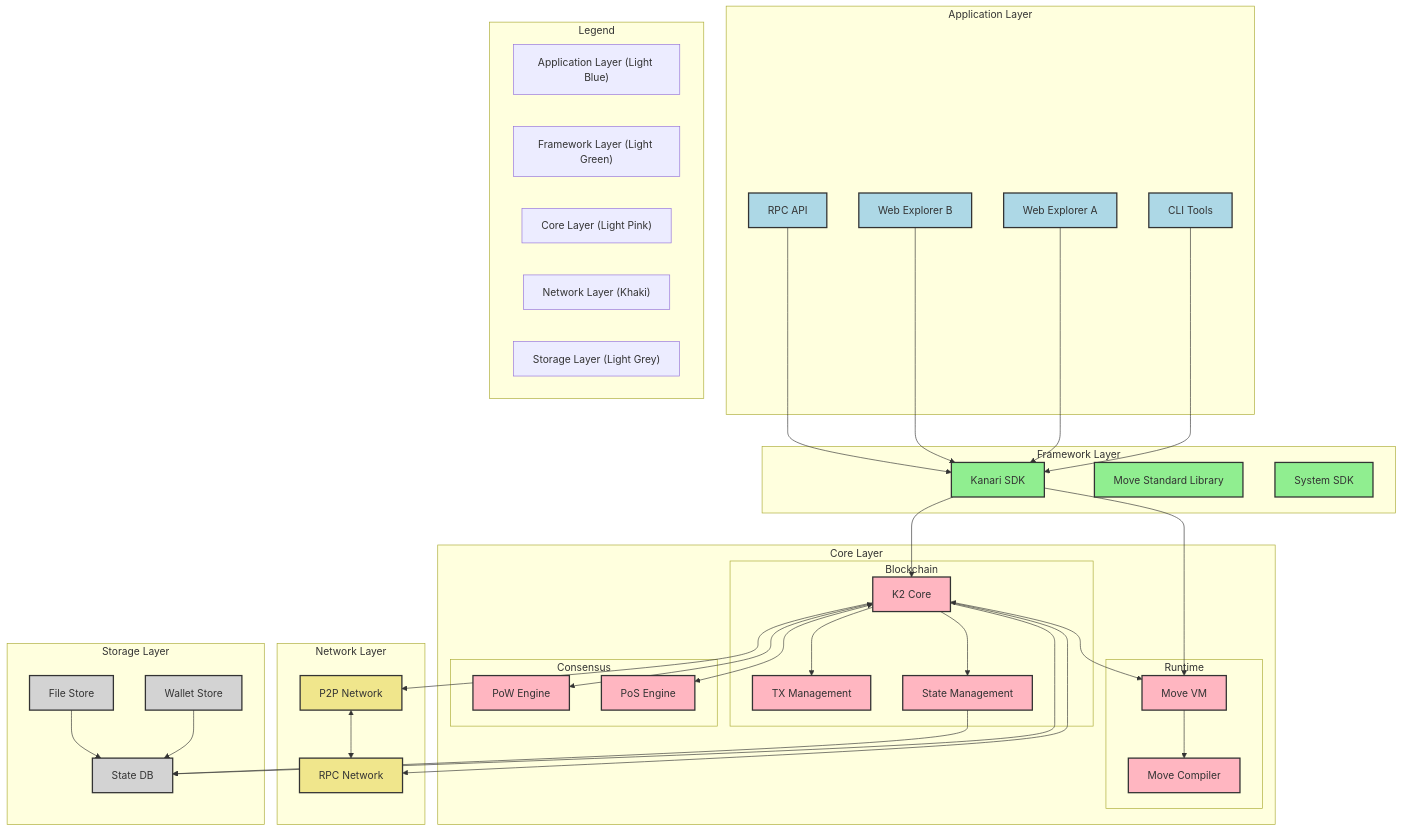
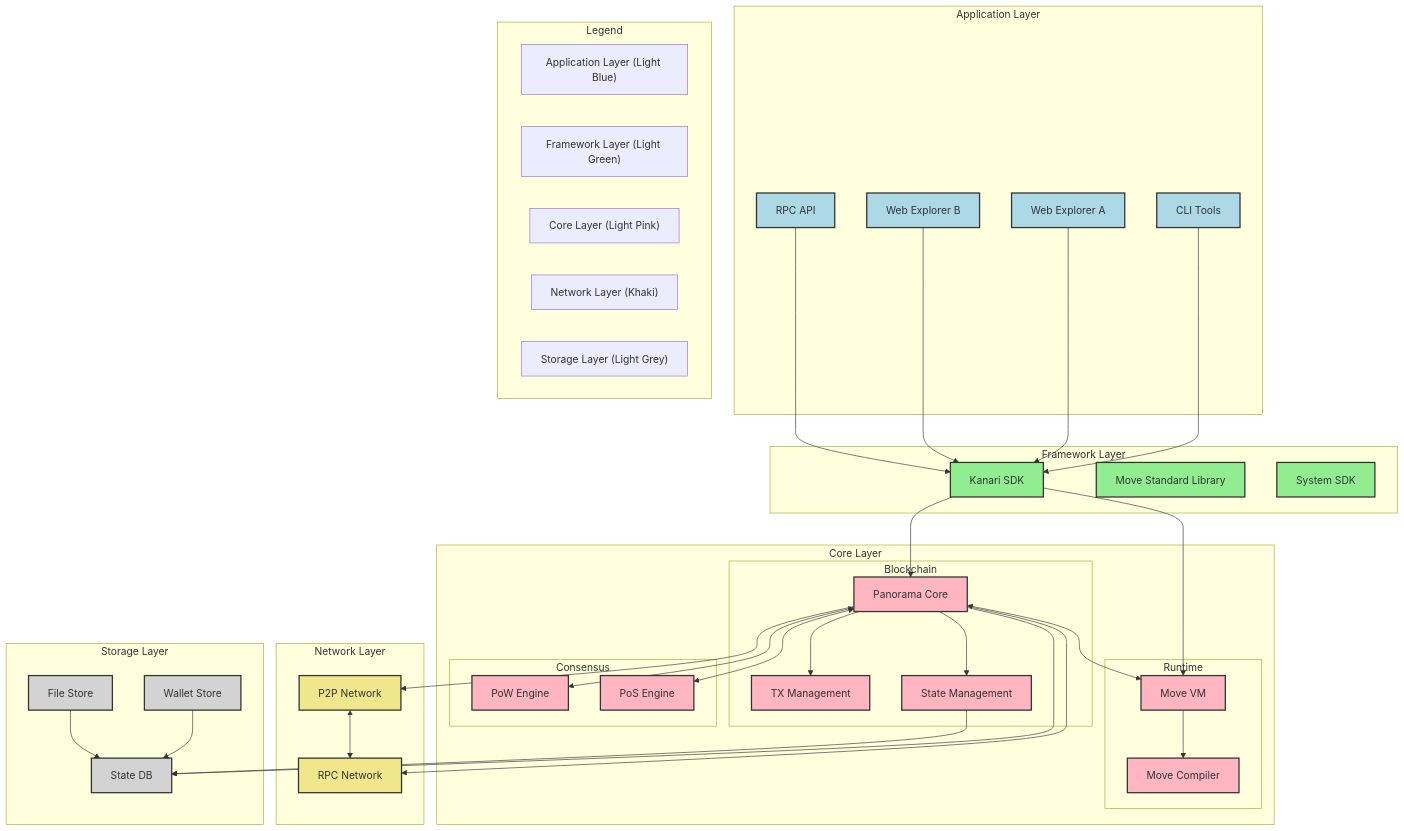
One commit to kanari-network/kanari-sdk changed the diagram in README.md. Above: the diagram before and after it, drawn with Mermaid.

Commit message:
Update README to reflect the renaming of the core component from `K2 Core` to `Panorama Core`

```diff
--- a/README.md
+++ b/README.md
@@ -23,7 +23,7 @@
   subgraph "Core Layer"
     %% Blockchain Sub-layer
     subgraph "Blockchain"
-      C1["K2 Core"]
+      C1["Panorama Core"]
       C2["TX Management"]
       C3["State Management"]
     end
```
